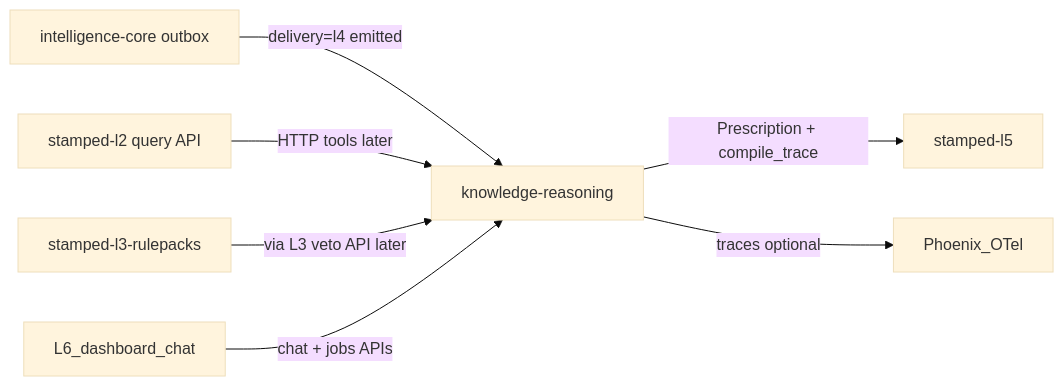
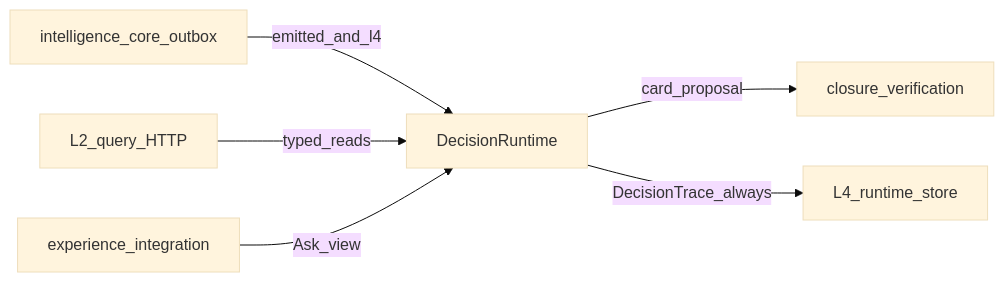
The diagram in handoff/l4/stamped-l4-architecture-handoff.md (Stamped-Energy/stamped-external), drawn with Mermaid (base theme) before and after one commit. The commit also changed other lines of this file and 2 other files, not shown here.

First line of the commit message:
docs(l4): align the handoff with the decision runtime

````diff
--- a/handoff/l4/stamped-l4-architecture-handoff.md
+++ b/handoff/l4/stamped-l4-architecture-handoff.md
@@ -30,9 +29,8 @@
 ```mermaid
 flowchart LR
-  Core[intelligence-core outbox] -->|delivery=l4 emitted| L4[knowledge-reasoning]
-  L2[stamped-l2 query API] -->|HTTP tools later| L4
-  Packs[stamped-l3-rulepacks] -->|via L3 veto API later| L4
-  L4 -->|Prescription + compile_trace| L5[stamped-l5]
-  L6[L6_dashboard_chat] -->|chat + jobs APIs| L4
-  L4 -->|traces optional| PX[Phoenix_OTel]
+  Core[intelligence_core_outbox] -->|emitted_and_l4| L4[DecisionRuntime]
+  L2[L2_query_HTTP] -->|typed_reads| L4
+  L4 -->|card_proposal| L5[closure_verification]
+  L4 -->|DecisionTrace_always| Store[L4_runtime_store]
+  L6[experience_integration] -->|Ask_view| L4
 ```
````
